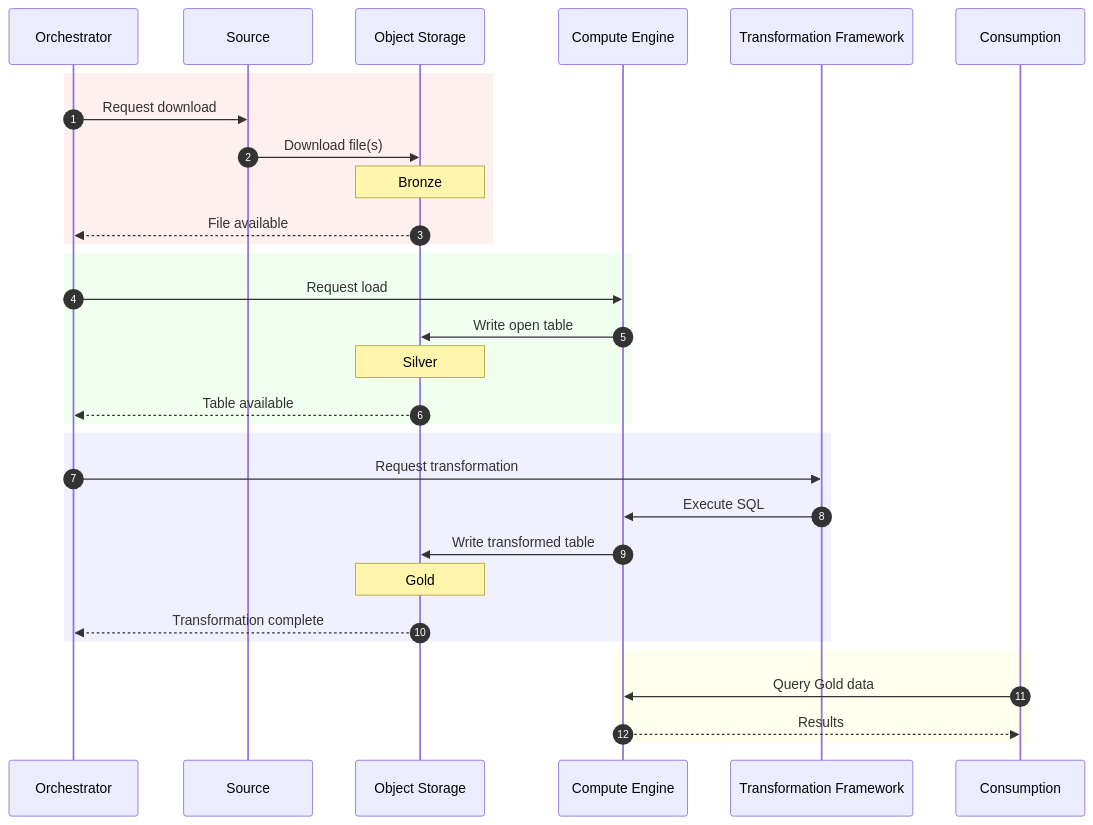
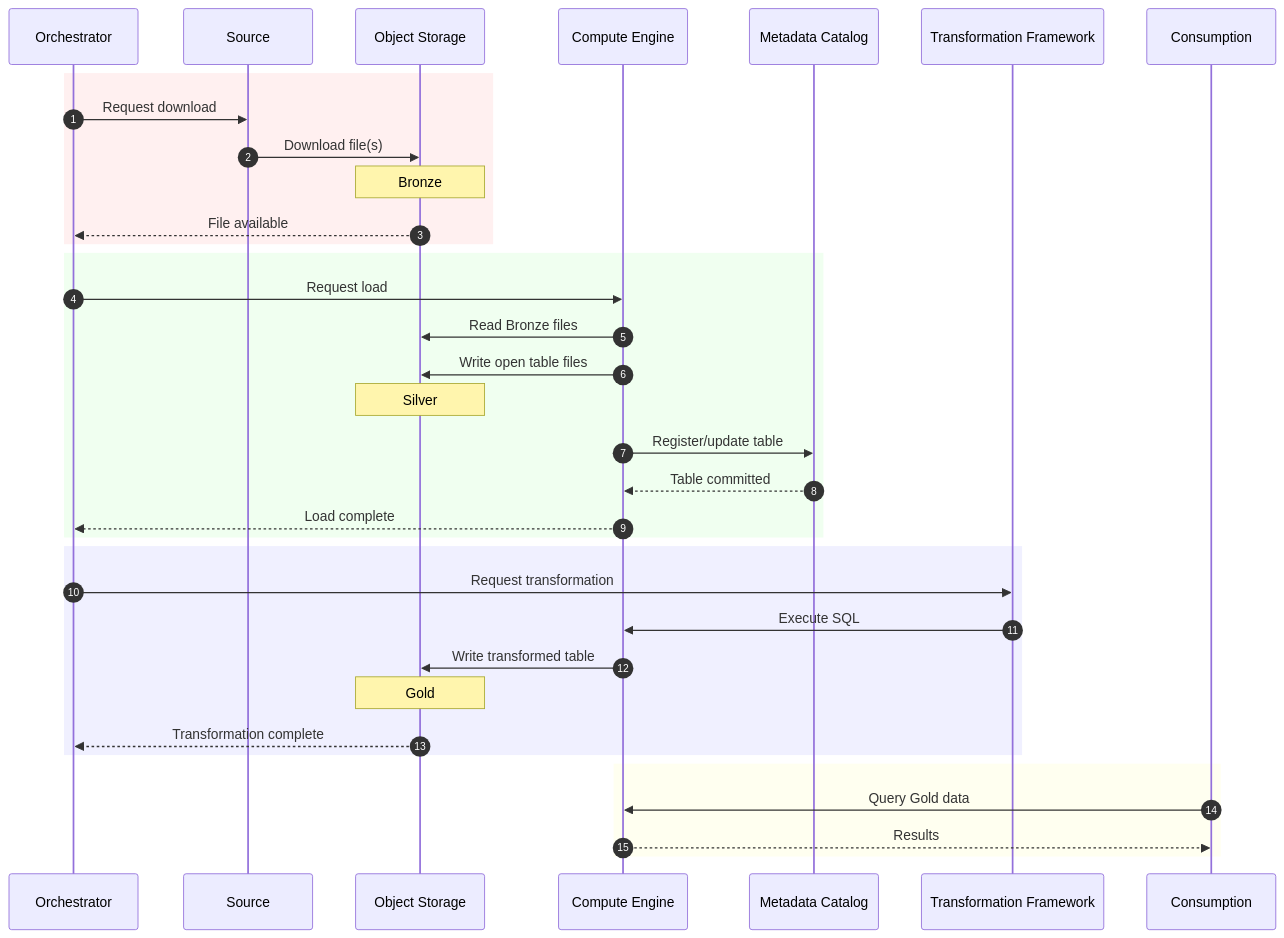
The second of 2 diagrams in project-1-lakehouse/README.md (Rez99/data-engineering-portfolio), drawn with Mermaid before and after one commit.

Commit message:
Enhance sequence diagram in README by adding Metadata Catalog participant and updating interactions for clarity

````diff
--- a/project-1-lakehouse/README.md
+++ b/project-1-lakehouse/README.md
@@ -40,38 +40,44 @@
 ```mermaid
 sequenceDiagram
     autonumber
 
     participant Orchestrator
     participant Source
     participant ObjectStorage as Object Storage
     participant ComputeEngine as Compute Engine
+    participant Catalog as Metadata Catalog
     participant Transform as Transformation Framework
     participant Consumption
 
     rect rgb(255, 240, 240)
         Orchestrator->>Source: Request download
         Source->>ObjectStorage: Download file(s)
         Note over ObjectStorage: Bronze
         ObjectStorage-->>Orchestrator: File available
     end
 
     rect rgb(240, 255, 240)
         Orchestrator->>ComputeEngine: Request load
-        ComputeEngine->>ObjectStorage: Write open table
+        ComputeEngine->>ObjectStorage: Read Bronze files
+        ComputeEngine->>ObjectStorage: Write open table files
         Note over ObjectStorage: Silver
-        ObjectStorage-->>Orchestrator: Table available
+        ComputeEngine->>Catalog: Register/update table
+        Catalog-->>ComputeEngine: Table committed
+        ComputeEngine-->>Orchestrator: Load complete
     end
 
     rect rgb(240, 240, 255)
         Orchestrator->>Transform: Request transformation
         Transform->>ComputeEngine: Execute SQL
         ComputeEngine->>ObjectStorage: Write transformed table
         Note over ObjectStorage: Gold
         ObjectStorage-->>Orchestrator: Transformation complete
     end
 
     rect rgb(255, 255, 240)
        Consumption->>ComputeEngine: Query Gold data
        ComputeEngine-->>Consumption: Results
     end
+
+    
 ```
````
